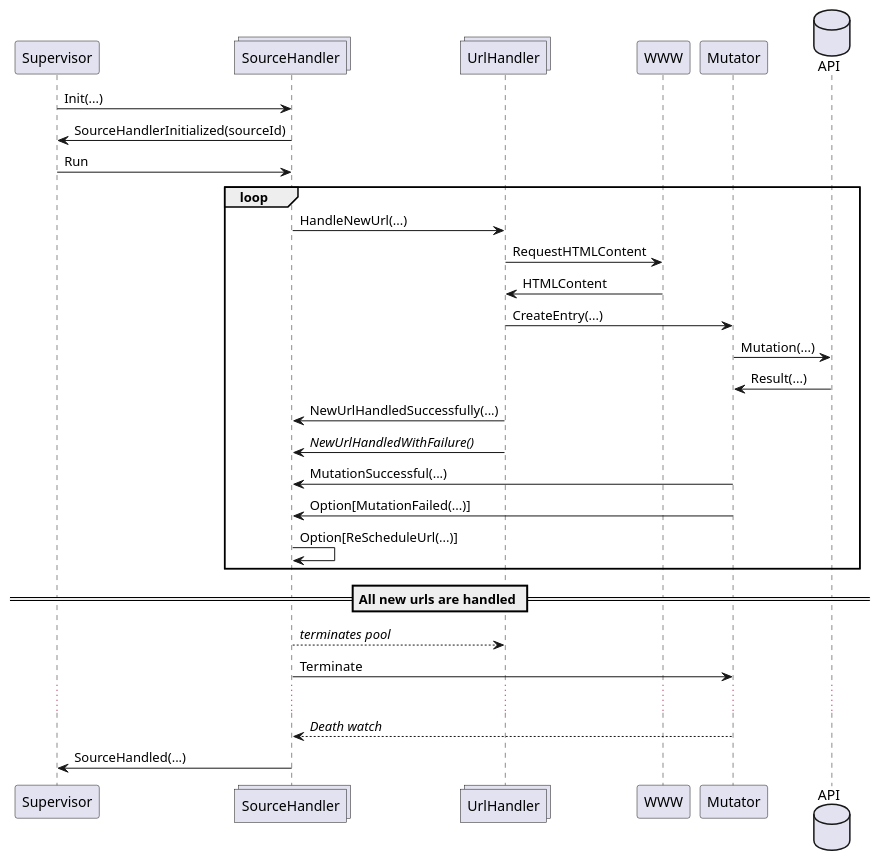
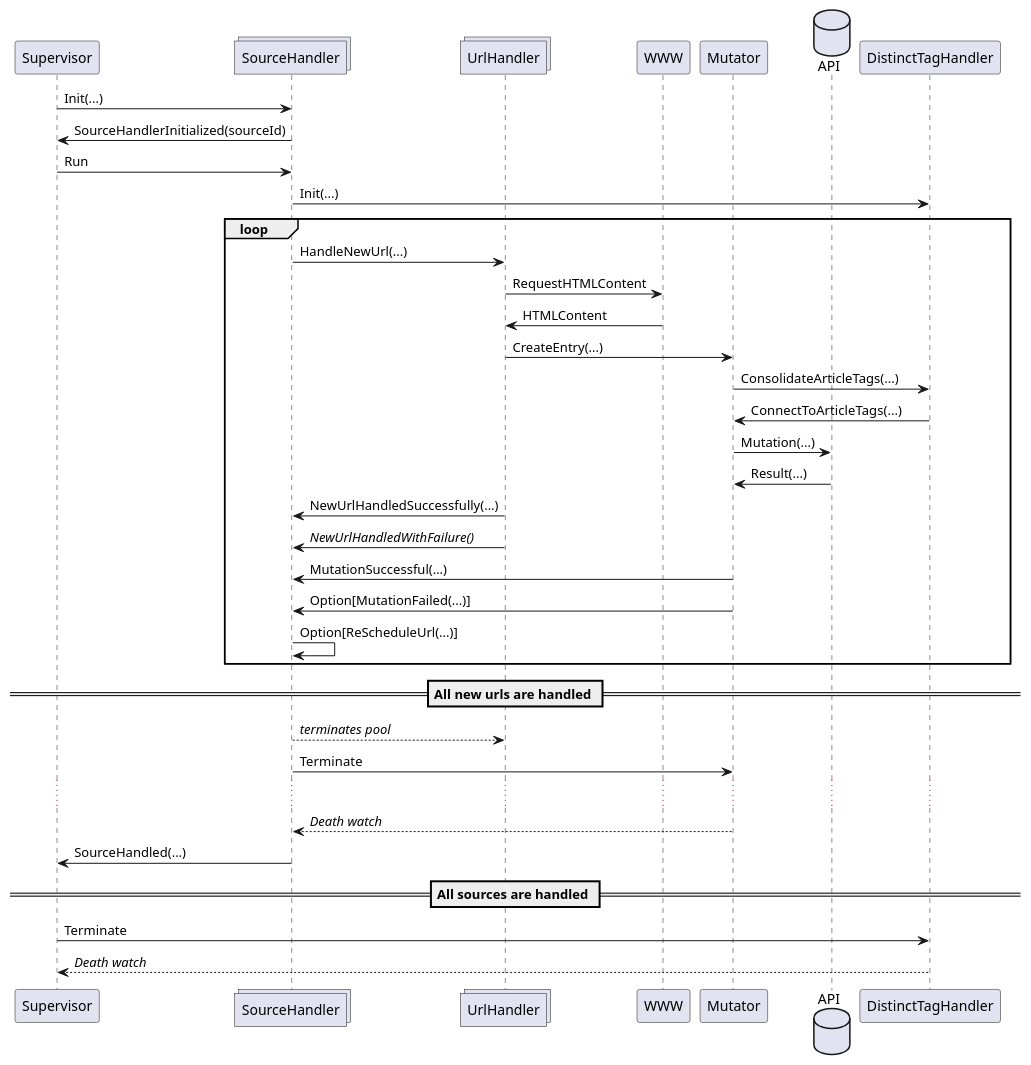
The diagram in doc/draft.puml (coverified/content_extractor), drawn with PlantUML before and after one commit. The commit also changed 5 other files, not shown here.

Commit message:
Spawn a distinct tag handler

```diff
--- a/doc/draft.puml
+++ b/doc/draft.puml
@@ -1,38 +1,47 @@
 @startuml
 participant Supervisor
 collections SourceHandler
 collections UrlHandler
 participant WWW
 participant Mutator
 database API
 
 
 Supervisor -> SourceHandler: Init(...)
 SourceHandler -> Supervisor: SourceHandlerInitialized(sourceId)
 Supervisor -> SourceHandler: Run
 
+SourceHandler -> DistinctTagHandler: Init(...)
+
 loop
 SourceHandler -> UrlHandler: HandleNewUrl(...)
 UrlHandler -> WWW: RequestHTMLContent
 WWW -> UrlHandler: HTMLContent
 
 UrlHandler -> Mutator: CreateEntry(...)
+Mutator -> DistinctTagHandler: ConsolidateArticleTags(...)
+DistinctTagHandler -> Mutator: ConnectToArticleTags(...)
 Mutator -> API: Mutation(...)
 API -> Mutator: Result(...)
 UrlHandler -> SourceHandler: NewUrlHandledSuccessfully(...)
 UrlHandler -> SourceHandler: //NewUrlHandledWithFailure()//
 Mutator -> SourceHandler: MutationSuccessful(...)
 Mutator -> SourceHandler: Option[MutationFailed(...)]
 
 SourceHandler -> SourceHandler: Option[ReScheduleUrl(...)]
 end loop
 
 == All new urls are handled ==
 
 SourceHandler --> UrlHandler: //terminates pool//
 SourceHandler -> Mutator: Terminate
 ...
 Mutator --> SourceHandler: //Death watch//
 
 SourceHandler -> Supervisor:SourceHandled(...)
+
+== All sources are handled ==
+Supervisor -> DistinctTagHandler: Terminate
+DistinctTagHandler --> Supervisor: //Death watch//
+
 @enduml
```
